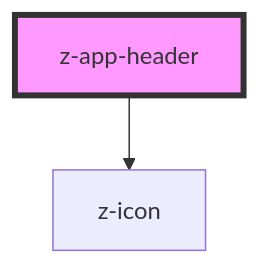
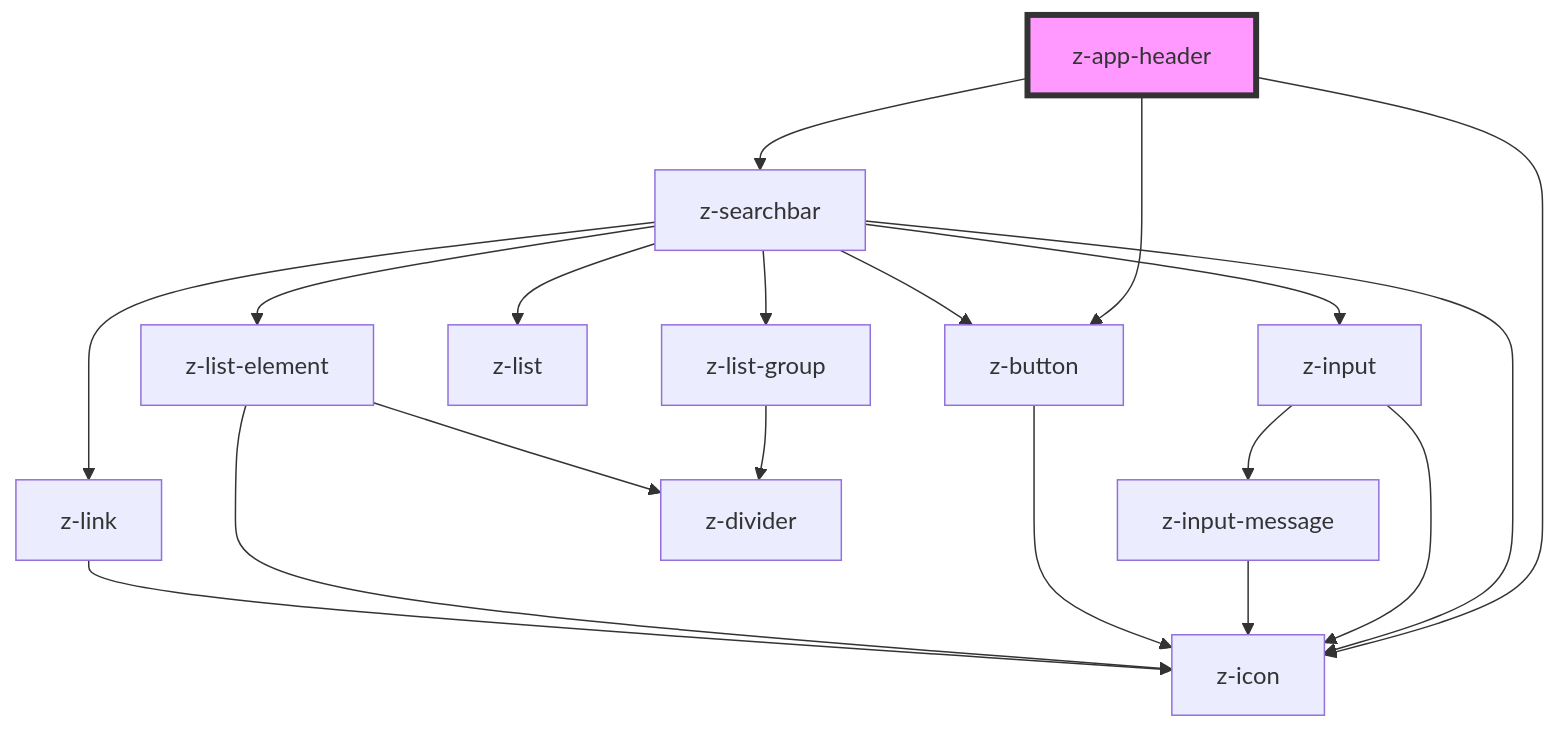
The diagram in src/components/navigation/z-app-header/readme.md (ZanichelliEditore/design-system), drawn with Mermaid before and after one commit. The commit also changed other lines of this file and 10 other files, not shown here.

````diff
--- a/src/components/navigation/z-app-header/readme.md
+++ b/src/components/navigation/z-app-header/readme.md
@@ -40,5 +46,22 @@
 ```mermaid
 graph TD;
   z-app-header --> z-icon
+  z-app-header --> z-searchbar
+  z-app-header --> z-button
+  z-searchbar --> z-input
+  z-searchbar --> z-button
+  z-searchbar --> z-list
+  z-searchbar --> z-list-group
+  z-searchbar --> z-list-element
+  z-searchbar --> z-icon
+  z-searchbar --> z-link
+  z-input --> z-icon
+  z-input --> z-input-message
+  z-input-message --> z-icon
+  z-button --> z-icon
+  z-list-group --> z-divider
+  z-list-element --> z-icon
+  z-list-element --> z-divider
+  z-link --> z-icon
   style z-app-header fill:#f9f,stroke:#333,stroke-width:4px
 ```
````
